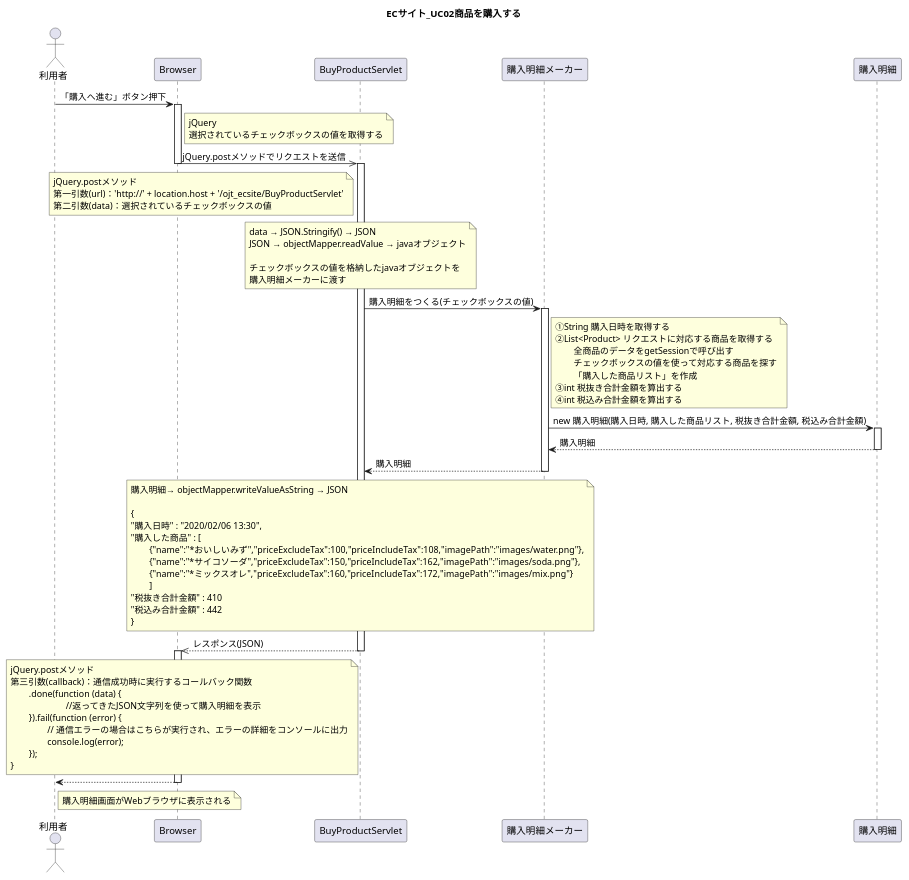
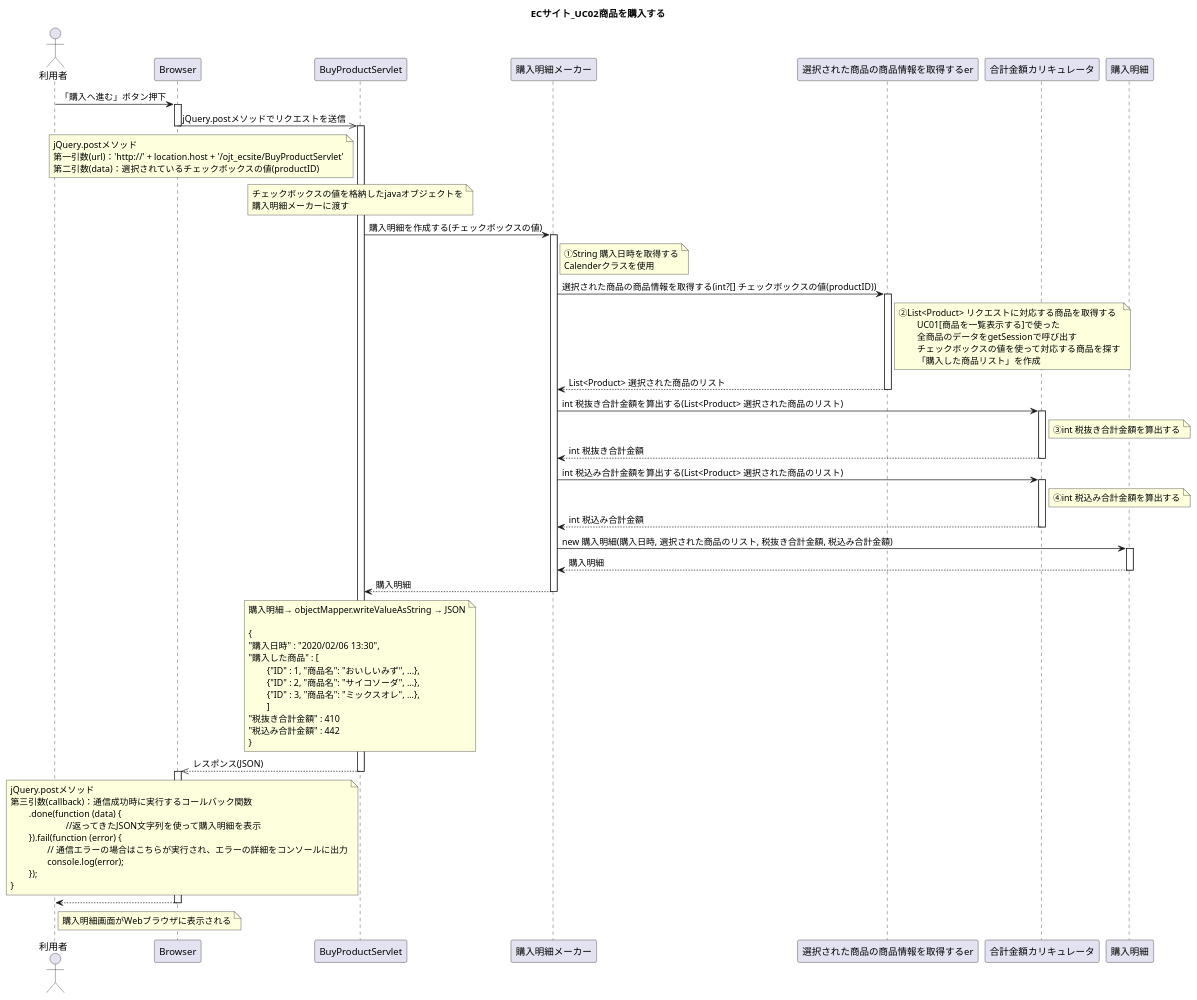
Before and after one commit to wnakayama/ojt_ecsite: the diagram in UML/Sequence02.puml, drawn with PlantUML. The commit also changed 1 other file, not shown here.

```diff
--- a/UML/Sequence02.puml
+++ b/UML/Sequence02.puml
@@ -1,92 +1,109 @@
 @startuml
 title ECサイト_UC02商品を購入する
 
 actor 利用者
 
 利用者 -> Browser : 「購入へ進む」ボタン押下
 activate Browser
-	note right of Browser
-	jQuery
-	選択されているチェックボックスの値を取得する
-	end note
 
 Browser ->> BuyProductServlet : jQuery.postメソッドでリクエストを送信
 deactivate Browser
 activate BuyProductServlet
 
 	note left of BuyProductServlet
 	jQuery.postメソッド
 	第一引数(url)：'http://' + location.host + '/ojt_ecsite/BuyProductServlet'
-	第二引数(data)：選択されているチェックボックスの値
+	第二引数(data)：選択されているチェックボックスの値(productID)
 	end note
 
 	note over BuyProductServlet
-	data → JSON.Stringify() → JSON
-	JSON → objectMapper.readValue → javaオブジェクト
-	
 	チェックボックスの値を格納したjavaオブジェクトを
 	購入明細メーカーに渡す
 	end note
 
-BuyProductServlet -> 購入明細メーカー : 購入明細をつくる(チェックボックスの値)
+BuyProductServlet -> 購入明細メーカー : 購入明細を作成する(チェックボックスの値)
 activate 購入明細メーカー
 
 	note right of 購入明細メーカー
 	①String 購入日時を取得する
+	Calenderクラスを使用
+	end note
+
+
+購入明細メーカー -> 選択された商品の商品情報を取得するer : 選択された商品の商品情報を取得する(int?[] チェックボックスの値(productID))
+activate 選択された商品の商品情報を取得するer
+	note right of 選択された商品の商品情報を取得するer
 	②List<Product> リクエストに対応する商品を取得する
+		UC01[商品を一覧表示する]で使った
 		全商品のデータをgetSessionで呼び出す
 		チェックボックスの値を使って対応する商品を探す
 		「購入した商品リスト」を作成
+	end note
+購入明細メーカー <-- 選択された商品の商品情報を取得するer : List<Product> 選択された商品のリスト
+deactivate 選択された商品の商品情報を取得するer
+
+購入明細メーカー -> 合計金額カリキュレータ : int 税抜き合計金額を算出する(List<Product> 選択された商品のリスト)
+activate 合計金額カリキュレータ
+	note right of 合計金額カリキュレータ
 	③int 税抜き合計金額を算出する
+	end note
+購入明細メーカー <-- 合計金額カリキュレータ : int 税抜き合計金額
+deactivate 合計金額カリキュレータ
+
+購入明細メーカー -> 合計金額カリキュレータ : int 税込み合計金額を算出する(List<Product> 選択された商品のリスト)
+activate 合計金額カリキュレータ
+	note right of 合計金額カリキュレータ
 	④int 税込み合計金額を算出する
 	end note
+購入明細メーカー <-- 合計金額カリキュレータ : int 税込み合計金額
+deactivate 合計金額カリキュレータ
 
 
-購入明細メーカー -> 購入明細 : new 購入明細(購入日時, 購入した商品リスト, 税抜き合計金額, 税込み合計金額)
+購入明細メーカー -> 購入明細 : new 購入明細(購入日時, 選択された商品のリスト, 税抜き合計金額, 税込み合計金額)
 activate 購入明細
 購入明細メーカー <-- 購入明細 : 購入明細
 deactivate 購入明細
 
 BuyProductServlet <-- 購入明細メーカー : 購入明細
 deactivate 購入明細メーカー
 
 	note over BuyProductServlet
 	購入明細→ objectMapper.writeValueAsString → JSON
 
 	{
 	"購入日時" : "2020/02/06 13:30",
 	"購入した商品" : [
-		{"name":"*おいしいみず","priceExcludeTax":100,"priceIncludeTax":108,"imagePath":"images/water.png"},
-		{"name":"*サイコソーダ","priceExcludeTax":150,"priceIncludeTax":162,"imagePath":"images/soda.png"},
-		{"name":"*ミックスオレ","priceExcludeTax":160,"priceIncludeTax":172,"imagePath":"images/mix.png"}
+		{"ID" : 1, "商品名": "おいしいみず", ...},
+		{"ID" : 2, "商品名": "サイコソーダ", ...},
+		{"ID" : 3, "商品名": "ミックスオレ", ...},
 		]
 	"税抜き合計金額" : 410
 	"税込み合計金額" : 442
 	}
 	end note
 
 Browser <<-- BuyProductServlet : レスポンス(JSON)
 deactivate BuyProductServlet
 activate Browser
 
 	note left of BuyProductServlet
 	jQuery.postメソッド
 	第三引数(callback)：通信成功時に実行するコールバック関数
 		.done(function (data) {
 				//返ってきたJSON文字列を使って購入明細を表示
 		}).fail(function (error) {
 			// 通信エラーの場合はこちらが実行され、エラーの詳細をコンソールに出力
 			console.log(error);
 		});
 	}
 	end note
 
 
 利用者 <-- Browser
 	note right of 利用者
 	購入明細画面がWebブラウザに表示される
 	end note
 
 deactivate Browser
 
 @enduml
```
